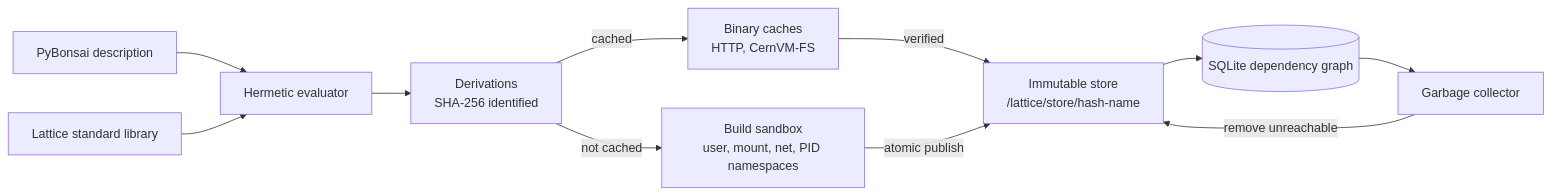
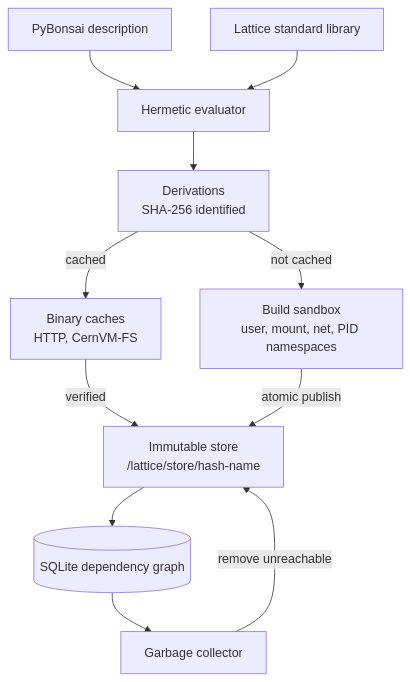
The diagram in README.md (PacketFive/PyrixOS), drawn with Mermaid before and after one commit. The commit also changed 8 other files, not shown here.

Commit message:
docs: add RFC components section and readable diagram text

````diff
--- a/README.md
+++ b/README.md
@@ -7,13 +7,22 @@
 ```mermaid
-flowchart LR
+---
+config:
+  themeVariables:
+    fontSize: 16px
+  flowchart:
+    useMaxWidth: false
+  sequence:
+    useMaxWidth: false
+---
+flowchart TB
     pyb["PyBonsai description"] --> ev["Hermetic evaluator"]
     lib["Lattice standard library"] --> ev
     ev --> drv["Derivations<br/>SHA-256 identified"]
     drv -->|"not cached"| sb["Build sandbox<br/>user, mount, net, PID namespaces"]
     drv -->|"cached"| bc["Binary caches<br/>HTTP, CernVM-FS"]
     bc -->|"verified"| st
     sb -->|"atomic publish"| st["Immutable store<br/>/lattice/store/hash-name"]
     st --> db[("SQLite dependency graph")]
     db --> gc["Garbage collector"]
     gc -->|"remove unreachable"| st
 ```
````
